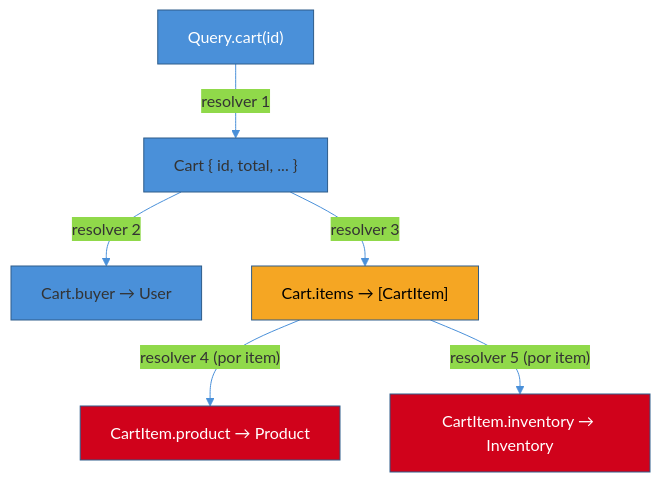
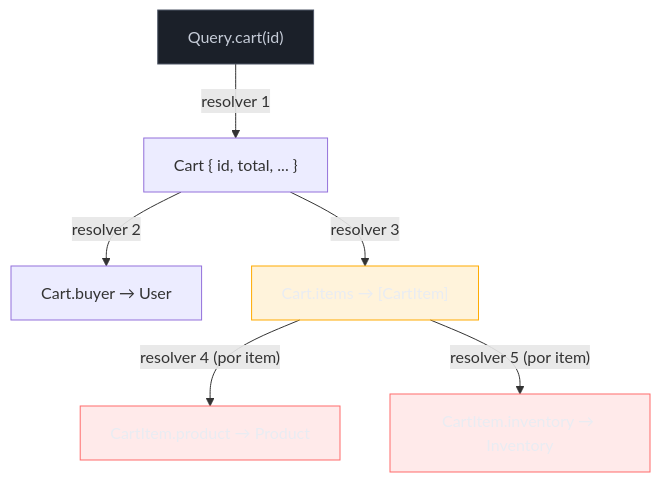
Before and after one commit to josenaldo/codex-technomanticus: the first of 2 diagrams in 03-Dominios/Engenharia/Comunicação entre Sistemas/2 - Comunicação síncrona/04 - GraphQL — schema, resolvers e quando vale.md, drawn with Mermaid. The commit also changed other lines of this file and 1181 other files, not shown here.

First line of the commit message:
fix(diagramas): paleta do sistema no lugar de cor cravada no markdown

````diff
--- a/03-Dominios/Engenharia/Comunicação entre Sistemas/2 - Comunicação síncrona/04 - GraphQL — schema, resolvers e quando vale.md
+++ b/03-Dominios/Engenharia/Comunicação entre Sistemas/2 - Comunicação síncrona/04 - GraphQL — schema, resolvers e quando vale.md
@@ -147,13 +147,15 @@
 ```mermaid
-%%{init: {"theme": "base", "themeVariables": {"primaryColor": "#4A90D9", "primaryBorderColor": "#2E5C8A", "lineColor": "#4A90D9"}}}%%
 graph TD
+    classDef neutro fill:#1B2029,stroke:#4E5666,color:#C6CCD8
+    classDef destaque fill:#FFAA0024,stroke:#FFAA00,color:#E9ECF2
+    classDef falha fill:#FF6B6B24,stroke:#FF6B6B,color:#E9ECF2
     Q["Query.cart(id)"] -->|"resolver 1"| CART["Cart { id, total, ... }"]
     CART -->|"resolver 2"| BUYER["Cart.buyer → User"]
     CART -->|"resolver 3"| ITEMS["Cart.items → [CartItem]"]
     ITEMS -->|"resolver 4 (por item)"| PROD["CartItem.product → Product"]
     ITEMS -->|"resolver 5 (por item)"| INV["CartItem.inventory → Inventory"]
-    style Q fill:#4A90D9,color:#fff
-    style ITEMS fill:#F5A623,color:#000
-    style PROD fill:#D0021B,color:#fff
-    style INV fill:#D0021B,color:#fff
+    class Q neutro
+    class ITEMS destaque
+    class PROD falha
+    class INV falha
 ```
````
